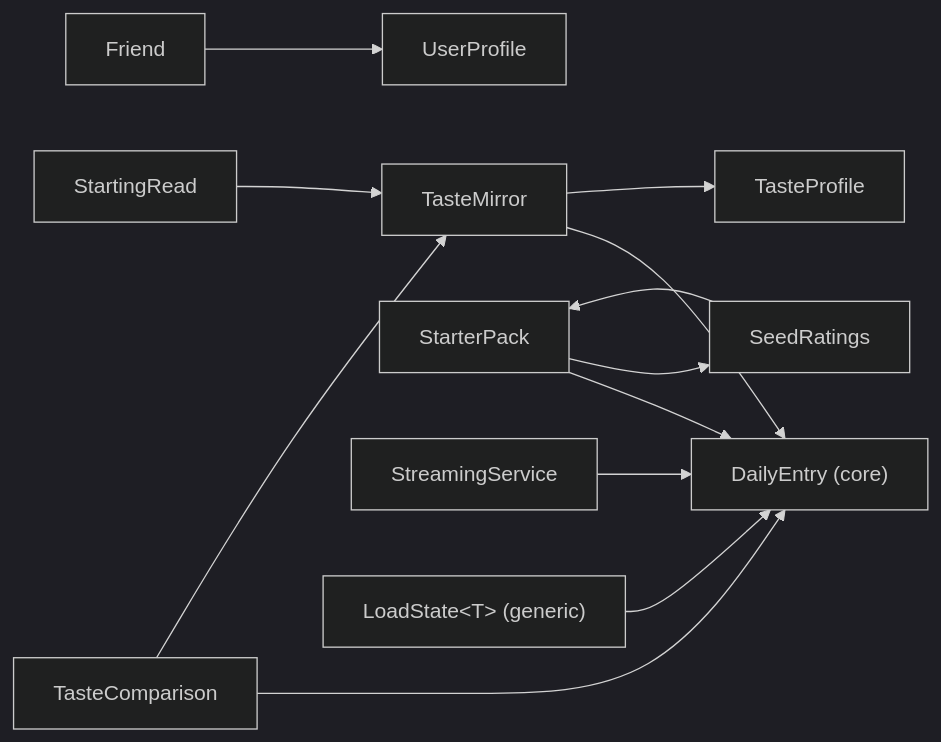
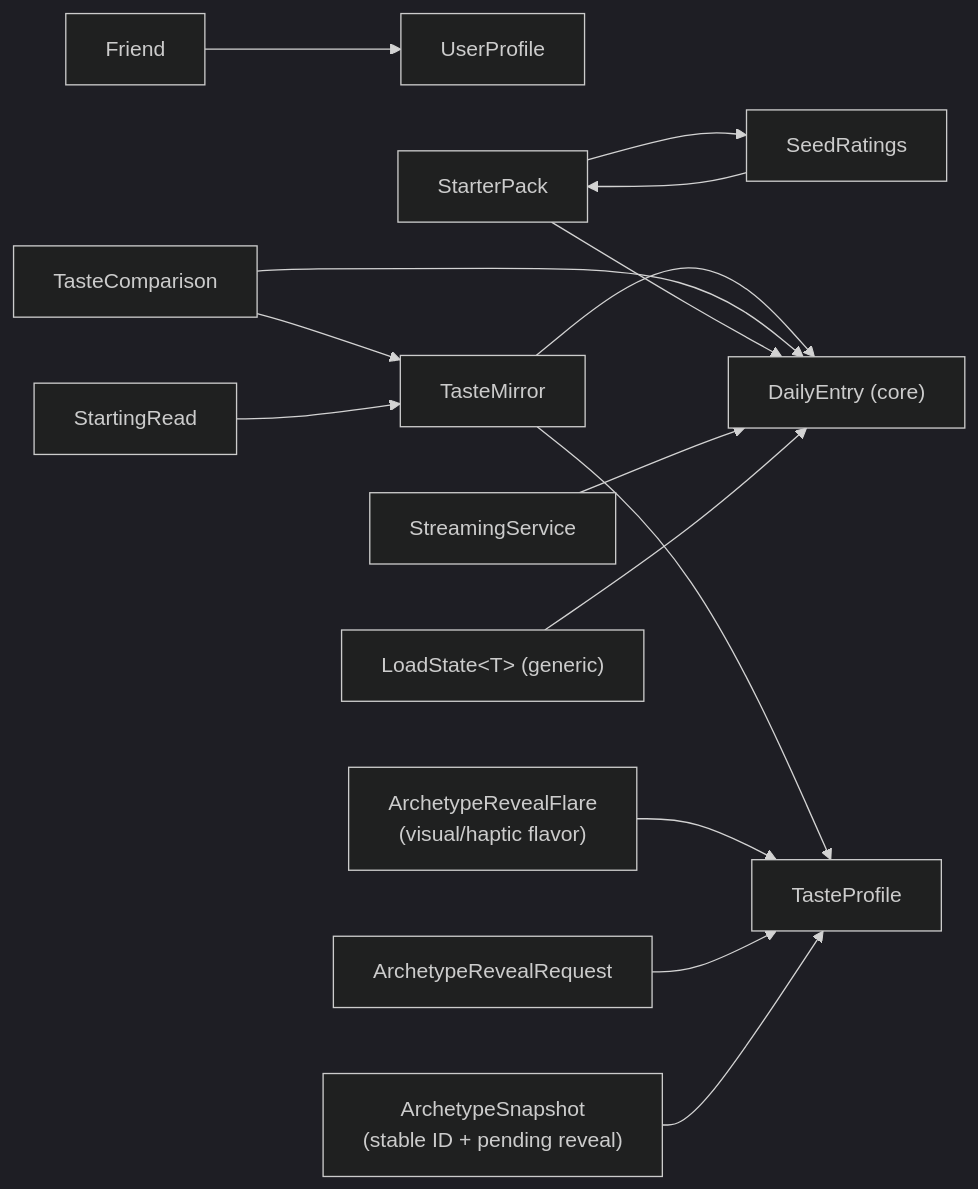
Before and after one commit to max-hagi/Daily-Music: diagram 12 of 12 in docs/ARCHITECTURE.md, drawn with Mermaid (dark theme). The commit also changed other lines of this file and 20 other files, not shown here.

First line of the commit message:
feat(insights): archetype reveal animation + Liquid Glass design system

````diff
--- a/docs/ARCHITECTURE.md
+++ b/docs/ARCHITECTURE.md
@@ -373,17 +391,21 @@
 ```mermaid
 flowchart LR
     DailyEntry["DailyEntry (core)"]
     UserProfile
     TasteProfile
     TasteMirror --> DailyEntry
     TasteMirror --> TasteProfile
     TasteComparison --> DailyEntry
     TasteComparison --> TasteMirror
     StartingRead --> TasteMirror
     StarterPack --> DailyEntry
     StarterPack --> SeedRatings
     SeedRatings --> StarterPack
     Friend --> UserProfile
     StreamingService --> DailyEntry
     LoadState["LoadState&lt;T&gt; (generic)"] --> DailyEntry
+    ArchetypeSnapshot["ArchetypeSnapshot<br/>(stable ID + pending reveal)"]
+    ArchetypeRevealFlare["ArchetypeRevealFlare<br/>(visual/haptic flavor)"] --> TasteProfile
+    ArchetypeRevealRequest["ArchetypeRevealRequest"] --> TasteProfile
+    ArchetypeSnapshot --> TasteProfile
 ```
````
